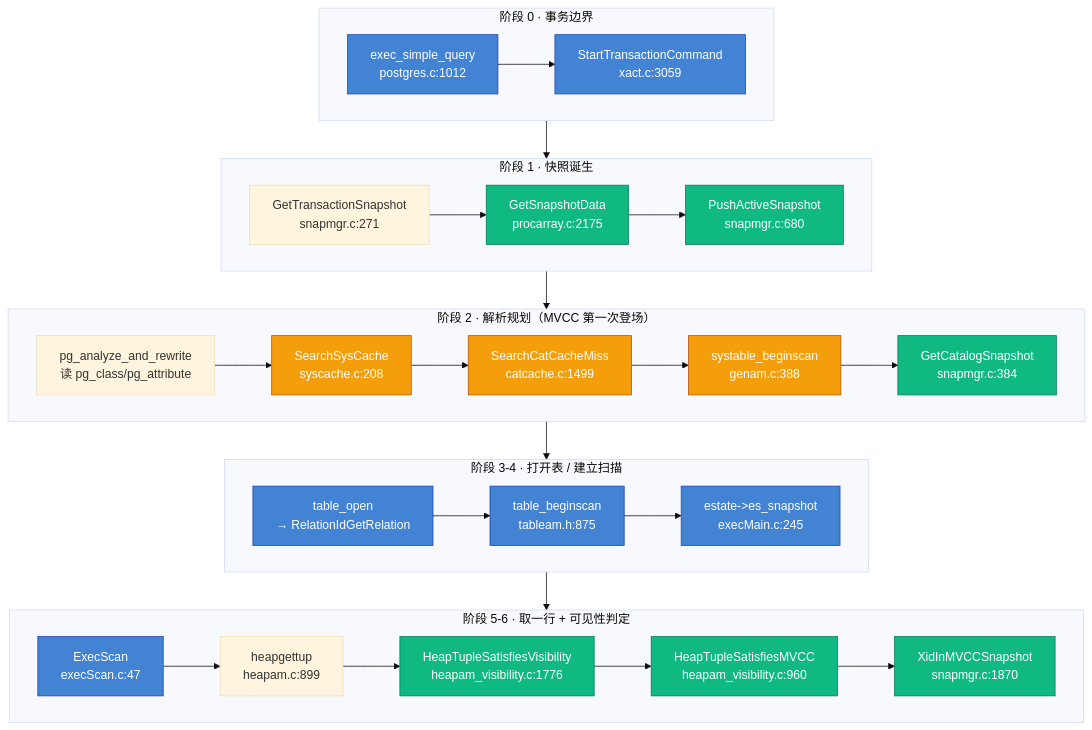
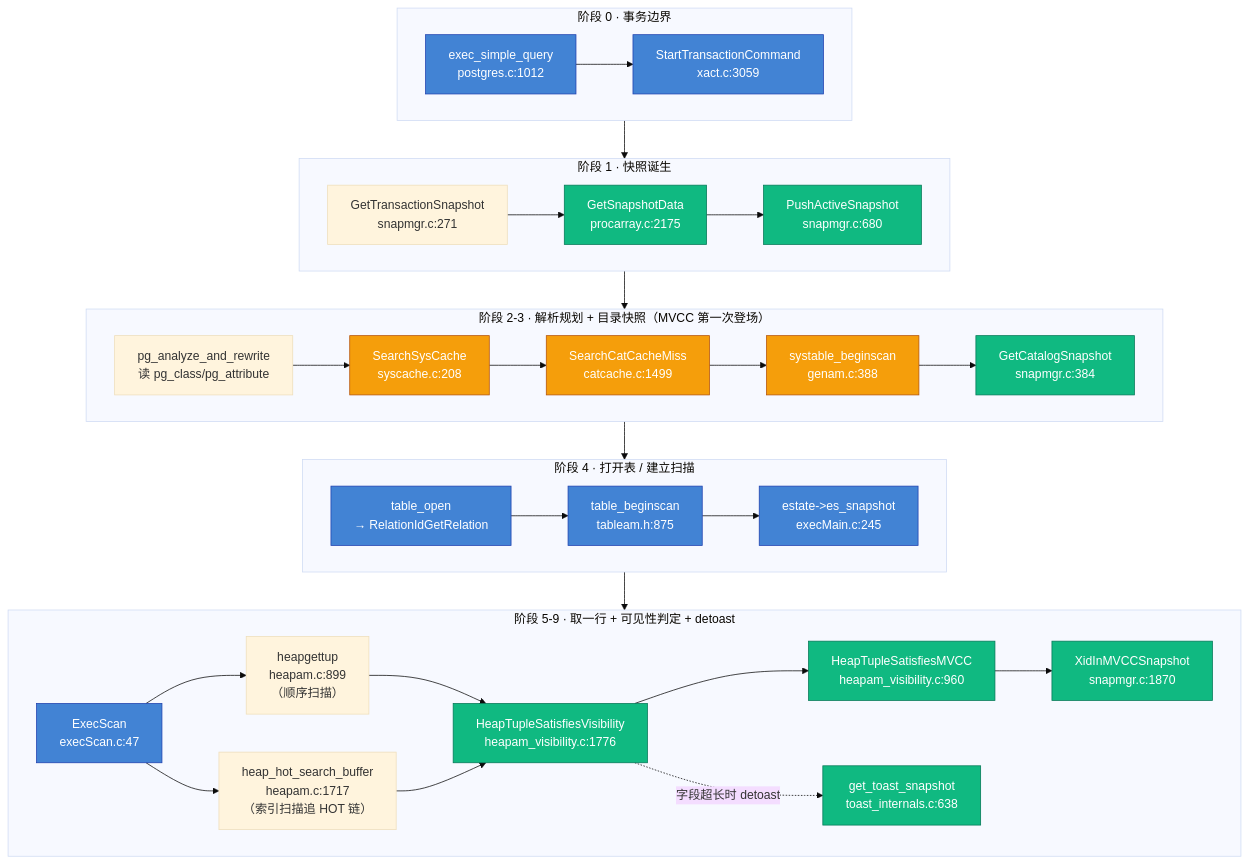
One commit to growdu/blog changed the first of 7 diagrams in docs/database/postgresql-read-a-row-deep-dive/index.md. Above: the diagram before and after it, drawn with Mermaid (base theme). The commit also changed other lines of this file, not shown here.

````diff
--- a/docs/database/postgresql-read-a-row-deep-dive/index.md
+++ b/docs/database/postgresql-read-a-row-deep-dive/index.md
@@ -77,50 +79,55 @@
 ```mermaid
 flowchart TB
     subgraph L0["阶段 0 · 事务边界"]
         A1["exec_simple_query<br/>postgres.c:1012"]
         A2["StartTransactionCommand<br/>xact.c:3059"]
         A1 --> A2
     end
 
     subgraph L1["阶段 1 · 快照诞生"]
         B1["GetTransactionSnapshot<br/>snapmgr.c:271"]
         B2["GetSnapshotData<br/>procarray.c:2175"]
         B3["PushActiveSnapshot<br/>snapmgr.c:680"]
         B1 --> B2
         B2 --> B3
     end
 
-    subgraph L2["阶段 2 · 解析规划（MVCC 第一次登场）"]
+    subgraph L2["阶段 2-3 · 解析规划 + 目录快照（MVCC 第一次登场）"]
         C1["pg_analyze_and_rewrite<br/>读 pg_class/pg_attribute"]
         C2["SearchSysCache<br/>syscache.c:208"]
         C3["SearchCatCacheMiss<br/>catcache.c:1499"]
         C4["systable_beginscan<br/>genam.c:388"]
         C5["GetCatalogSnapshot<br/>snapmgr.c:384"]
         C1 --> C2 --> C3 --> C4 --> C5
     end
 
-    subgraph L3["阶段 3-4 · 打开表 / 建立扫描"]
+    subgraph L3["阶段 4 · 打开表 / 建立扫描"]
         D1["table_open<br/>→ RelationIdGetRelation"]
         D2["table_beginscan<br/>tableam.h:875"]
         D3["estate->es_snapshot<br/>execMain.c:245"]
         D1 --> D2 --> D3
     end
 
-    subgraph L4["阶段 5-6 · 取一行 + 可见性判定"]
+    subgraph L4["阶段 5-9 · 取一行 + 可见性判定 + detoast"]
         E1["ExecScan<br/>execScan.c:47"]
-        E2["heapgettup<br/>heapam.c:899"]
+        E2["heapgettup<br/>heapam.c:899<br/>（顺序扫描）"]
+        E2b["heap_hot_search_buffer<br/>heapam.c:1717<br/>（索引扫描追 HOT 链）"]
         E3["HeapTupleSatisfiesVisibility<br/>heapam_visibility.c:1776"]
         E4["HeapTupleSatisfiesMVCC<br/>heapam_visibility.c:960"]
         E5["XidInMVCCSnapshot<br/>snapmgr.c:1870"]
-        E1 --> E2 --> E3 --> E4 --> E5
+        E6["get_toast_snapshot<br/>toast_internals.c:638"]
+        E1 --> E2 --> E3
+        E1 --> E2b --> E3
+        E3 --> E4 --> E5
+        E3 -. "字段超长时 detoast" .-> E6
     end
 
     L0 --> L1 --> L2 --> L3 --> L4
 
     classDef mvcc fill:#10B981,stroke:#047857,color:#fff
     classDef cache fill:#F59E0B,stroke:#B45309,color:#fff
     classDef plain fill:#4283D4,stroke:#1E40AF,color:#fff
-    class B2,B3,C5,E3,E4,E5 mvcc
+    class B2,B3,C5,E3,E4,E5,E6 mvcc
     class C2,C3,C4 cache
     class A1,A2,D1,D2,D3,E1 plain
 ```
````
